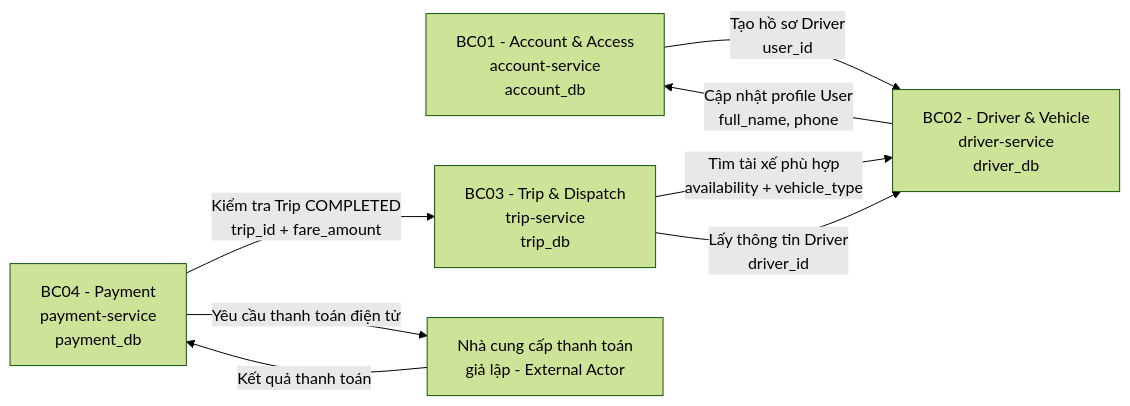
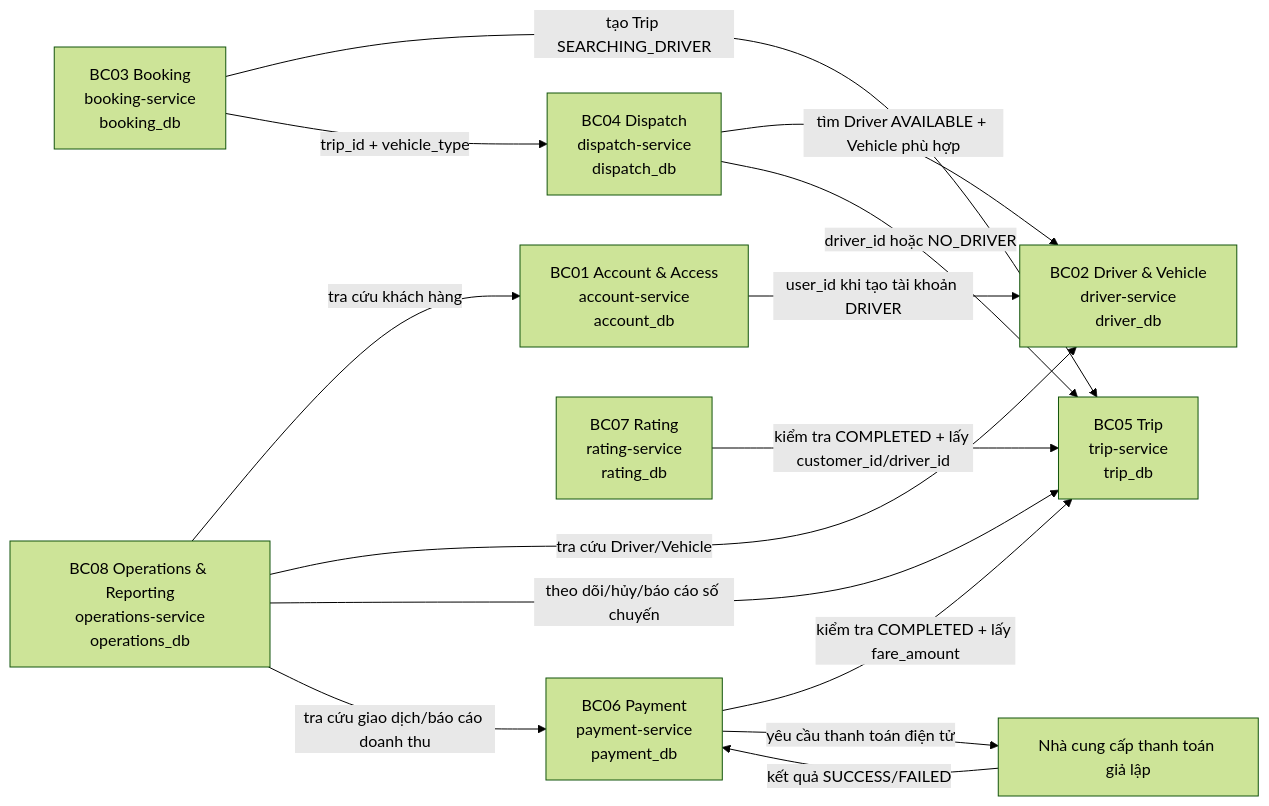
Before and after one commit to buiphuongloan21032005-hub/23672941_BuiPhuongLoan_CabSystem: the first of 9 diagrams in Micro_Service_Design.md, drawn with Mermaid (forest theme). The commit also changed other lines of this file, not shown here.

````diff
--- a/Micro_Service_Design.md
+++ b/Micro_Service_Design.md
@@ -304,16 +424,26 @@
 ```mermaid
 flowchart LR
-    ACC["BC01 - Account & Access<br/>account-service<br/>account_db"]
-    DRV["BC02 - Driver & Vehicle<br/>driver-service<br/>driver_db"]
-    TRIP["BC03 - Trip & Dispatch<br/>trip-service<br/>trip_db"]
-    PAY["BC04 - Payment<br/>payment-service<br/>payment_db"]
-    EXT["Nhà cung cấp thanh toán<br/>giả lập - External Actor"]
+    ACC["BC01 Account & Access<br/>account-service<br/>account_db"]
+    DRV["BC02 Driver & Vehicle<br/>driver-service<br/>driver_db"]
+    BOOK["BC03 Booking<br/>booking-service<br/>booking_db"]
+    DSP["BC04 Dispatch<br/>dispatch-service<br/>dispatch_db"]
+    TRIP["BC05 Trip<br/>trip-service<br/>trip_db"]
+    PAY["BC06 Payment<br/>payment-service<br/>payment_db"]
+    RATE["BC07 Rating<br/>rating-service<br/>rating_db"]
+    OPS["BC08 Operations & Reporting<br/>operations-service<br/>operations_db"]
+    EXT["Nhà cung cấp thanh toán giả lập"]
 
-    ACC -->|"Tạo hồ sơ Driver<br/>user_id"| DRV
-    DRV -->|"Cập nhật profile User<br/>full_name, phone"| ACC
-    TRIP -->|"Tìm tài xế phù hợp<br/>availability + vehicle_type"| DRV
-    TRIP -->|"Lấy thông tin Driver<br/>driver_id"| DRV
-    PAY -->|"Kiểm tra Trip COMPLETED<br/>trip_id + fare_amount"| TRIP
-    PAY -->|"Yêu cầu thanh toán điện tử"| EXT
-    EXT -->|"Kết quả thanh toán"| PAY
+    ACC -->|"user_id khi tạo tài khoản DRIVER"| DRV
+    BOOK -->|"tạo Trip SEARCHING_DRIVER"| TRIP
+    BOOK -->|"trip_id + vehicle_type"| DSP
+    DSP -->|"tìm Driver AVAILABLE + Vehicle phù hợp"| DRV
+    DSP -->|"driver_id hoặc NO_DRIVER"| TRIP
+    PAY -->|"kiểm tra COMPLETED + lấy fare_amount"| TRIP
+    PAY -->|"yêu cầu thanh toán điện tử"| EXT
+    EXT -->|"kết quả SUCCESS/FAILED"| PAY
+    RATE -->|"kiểm tra COMPLETED + lấy customer_id/driver_id"| TRIP
+    OPS -->|"tra cứu khách hàng"| ACC
+    OPS -->|"tra cứu Driver/Vehicle"| DRV
+    OPS -->|"theo dõi/hủy/báo cáo số chuyến"| TRIP
+    OPS -->|"tra cứu giao dịch/báo cáo doanh thu"| PAY
 ```
````
